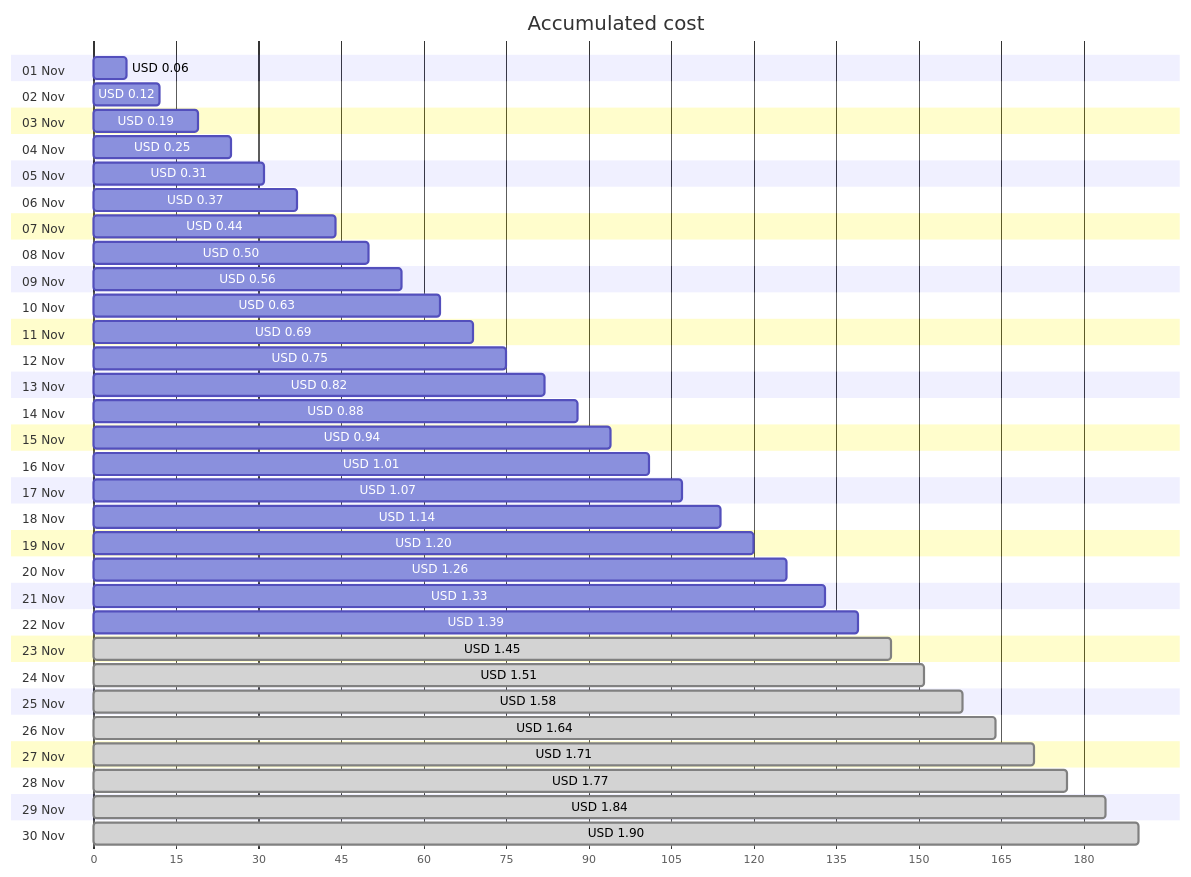
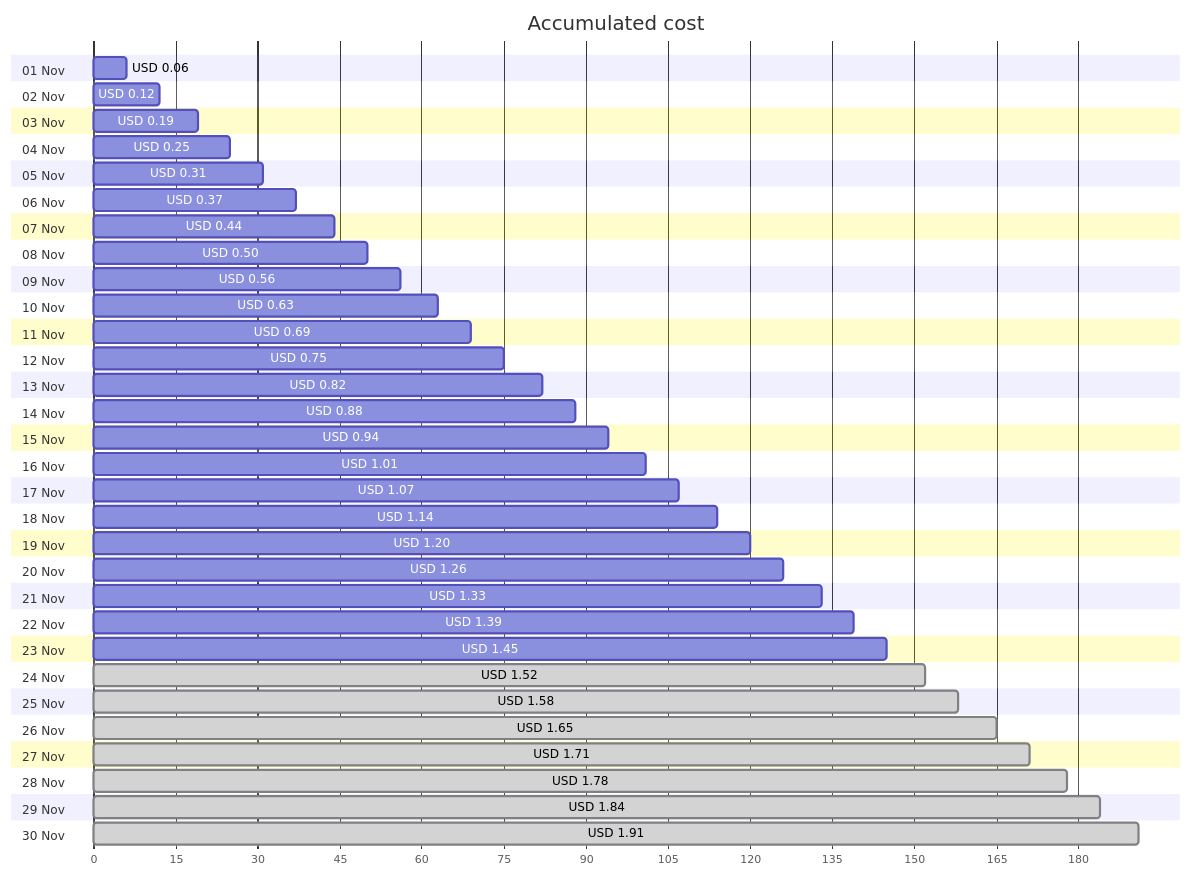
The first of 4 diagrams in cost-reports/personal-network/backup-server_OsDisk.md (jpfulton/azure-personal-reports), drawn with Mermaid before and after one commit. The commit also changed other lines of this file and 8 other files, not shown here.

````diff
--- a/cost-reports/personal-network/backup-server_OsDisk.md
+++ b/cost-reports/personal-network/backup-server_OsDisk.md
@@ -20,66 +20,66 @@
 ```mermaid
 gantt
    title Accumulated cost
    dateFormat  X
    axisFormat %s
    section 01 Nov
    USD 0.06 :0, 6
    section 02 Nov
    USD 0.12 :0, 12
    section 03 Nov
    USD 0.19 :0, 19
    section 04 Nov
    USD 0.25 :0, 25
    section 05 Nov
    USD 0.31 :0, 31
    section 06 Nov
    USD 0.37 :0, 37
    section 07 Nov
    USD 0.44 :0, 44
    section 08 Nov
    USD 0.50 :0, 50
    section 09 Nov
    USD 0.56 :0, 56
    section 10 Nov
    USD 0.63 :0, 63
    section 11 Nov
    USD 0.69 :0, 69
    section 12 Nov
    USD 0.75 :0, 75
    section 13 Nov
    USD 0.82 :0, 82
    section 14 Nov
    USD 0.88 :0, 88
    section 15 Nov
    USD 0.94 :0, 94
    section 16 Nov
    USD 1.01 :0, 101
    section 17 Nov
    USD 1.07 :0, 107
    section 18 Nov
    USD 1.14 :0, 114
    section 19 Nov
    USD 1.20 :0, 120
    section 20 Nov
    USD 1.26 :0, 126
    section 21 Nov
    USD 1.33 :0, 133
    section 22 Nov
    USD 1.39 :0, 139
    section 23 Nov
-   USD 1.45 : done, 0, 145
+   USD 1.45 :0, 145
    section 24 Nov
-   USD 1.51 : done, 0, 151
+   USD 1.52 : done, 0, 152
    section 25 Nov
    USD 1.58 : done, 0, 158
    section 26 Nov
-   USD 1.64 : done, 0, 164
+   USD 1.65 : done, 0, 165
    section 27 Nov
    USD 1.71 : done, 0, 171
    section 28 Nov
-   USD 1.77 : done, 0, 177
+   USD 1.78 : done, 0, 178
    section 29 Nov
    USD 1.84 : done, 0, 184
    section 30 Nov
-   USD 1.90 : done, 0, 190
+   USD 1.91 : done, 0, 191
 ```
````
